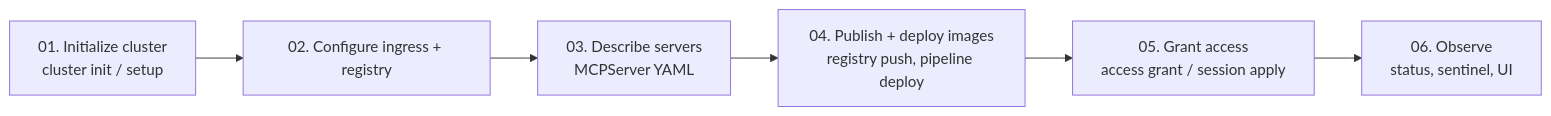
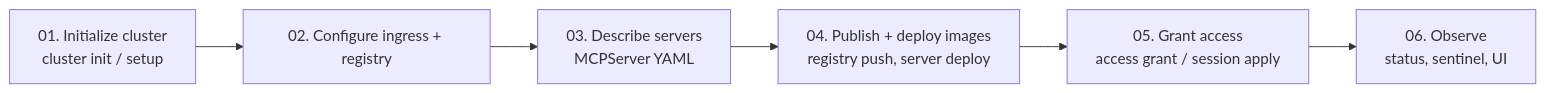
Before and after one commit to Agent-Hellboy/mcp-runtime: the third of 3 diagrams in docs/runtime.md, drawn with Mermaid. The commit also changed other lines of this file and 125 other files, not shown here.

First line of the commit message:
feat(cli): route user flows through platform API

````diff
--- a/docs/runtime.md
+++ b/docs/runtime.md
@@ -106,8 +106,8 @@
 ```mermaid
 flowchart LR
     A[01. Initialize cluster<br/>cluster init / setup] --> B[02. Configure ingress + registry]
     B --> C[03. Describe servers<br/>MCPServer YAML]
-    C --> D[04. Publish + deploy images<br/>registry push, pipeline deploy]
+    C --> D[04. Publish + deploy images<br/>registry push, server deploy]
     D --> E[05. Grant access<br/>access grant / session apply]
     E --> F[06. Observe<br/>status, sentinel, UI]
 ```
````
